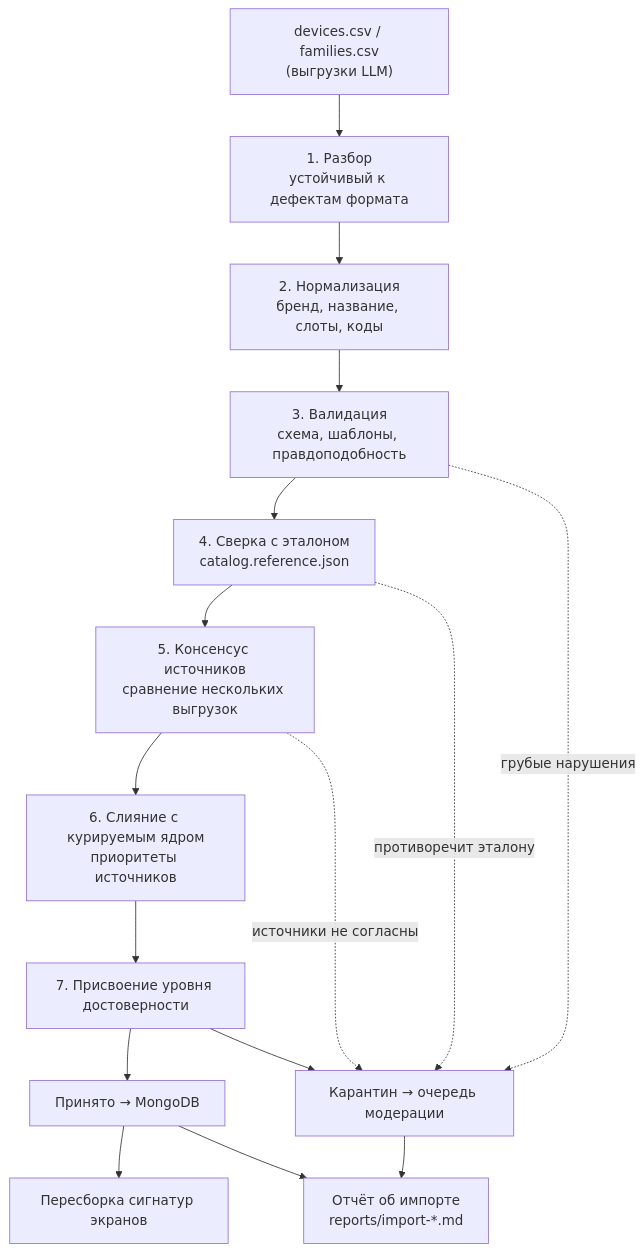
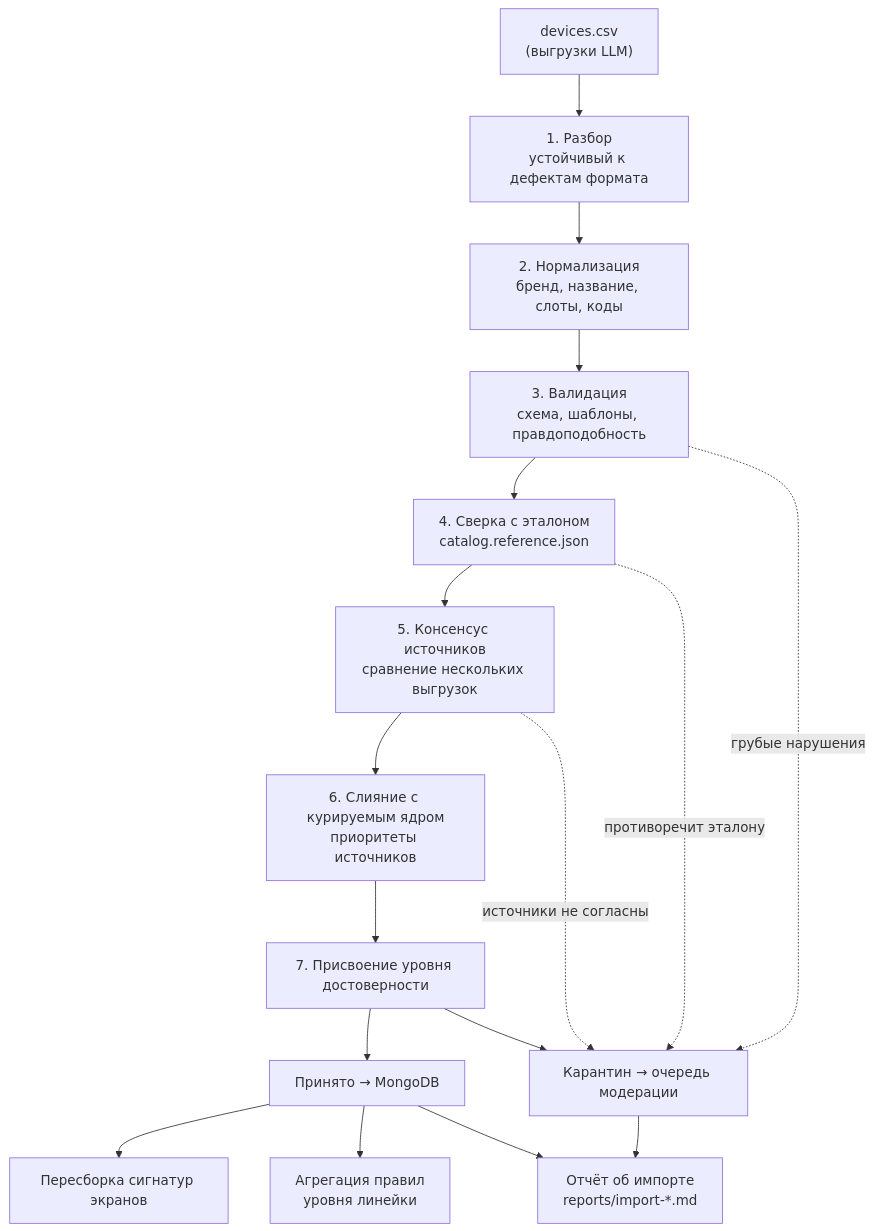
Before and after one commit to alivanov/eSimDetector: the first of 2 diagrams in docs/14-catalog-ingestion.md, drawn with Mermaid. The commit also changed other lines of this file and 9 other files, not shown here.

````diff
--- a/docs/14-catalog-ingestion.md
+++ b/docs/14-catalog-ingestion.md
@@ -54,18 +53,19 @@
 ```mermaid
 flowchart TD
-    CSV["devices.csv / families.csv<br/>(выгрузки LLM)"] --> P1["1. Разбор<br/>устойчивый к дефектам формата"]
+    CSV["devices.csv<br/>(выгрузки LLM)"] --> P1["1. Разбор<br/>устойчивый к дефектам формата"]
     P1 --> P2["2. Нормализация<br/>бренд, название, слоты, коды"]
     P2 --> P3["3. Валидация<br/>схема, шаблоны, правдоподобность"]
     P3 --> P4["4. Сверка с эталоном<br/>catalog.reference.json"]
     P4 --> P5["5. Консенсус источников<br/>сравнение нескольких выгрузок"]
     P5 --> P6["6. Слияние с курируемым ядром<br/>приоритеты источников"]
     P6 --> P7["7. Присвоение уровня достоверности"]
     P7 --> OK["Принято → MongoDB"]
     P7 --> Q["Карантин → очередь модерации"]
     P3 -.->|"грубые нарушения"| Q
     P4 -.->|"противоречит эталону"| Q
     P5 -.->|"источники не согласны"| Q
     OK --> SIG["Пересборка сигнатур экранов"]
+    OK --> FAM["Агрегация правил<br/>уровня линейки"]
     OK --> REP["Отчёт об импорте<br/>reports/import-*.md"]
     Q --> REP
 ```
````
